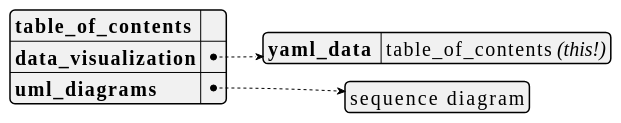
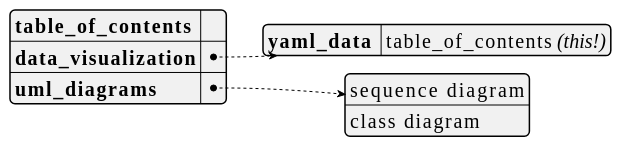
One commit to dragondive/heavens-arena changed the first of 3 diagrams in plantuml_demo.md. Above: the diagram before and after it, drawn with PlantUML. The commit also changed other lines of this file and 7 other files, not shown here.

Commit message:
added demo: class diagram

````diff
--- a/plantuml_demo.md
+++ b/plantuml_demo.md
@@ -26,28 +26,29 @@
 ```plantuml
 @startyaml
 <style>
 yamlDiagram {
     node {
         ' use a constant width font because that's what developers do.
         FontName Consolas
         FontSize 20
     }
 }
 </style>
 
 /'TODO:
 It would be cool to hyperlink the entries in the table_of_contents to the
 respective section in the document. Not only would it further accentuate the
 [Medium Awareness](https://tvtropes.org/pmwiki/pmwiki.php/Main/MediumAwareness)
 of this yaml document, but also augment the
 [Anachronic Order](https://tvtropes.org/pmwiki/pmwiki.php/Main/AnachronicOrder)
 of the outer markdown document.
 '/
 
 **table_of_contents**: ""  /' workaround: empty string here to avoid dummy link '/
 data_visualization:
     yaml_data : table_of_contents //(this!)//
 uml_diagrams:
     - sequence diagram
+    - class diagram
 @endyaml
 ```
````
